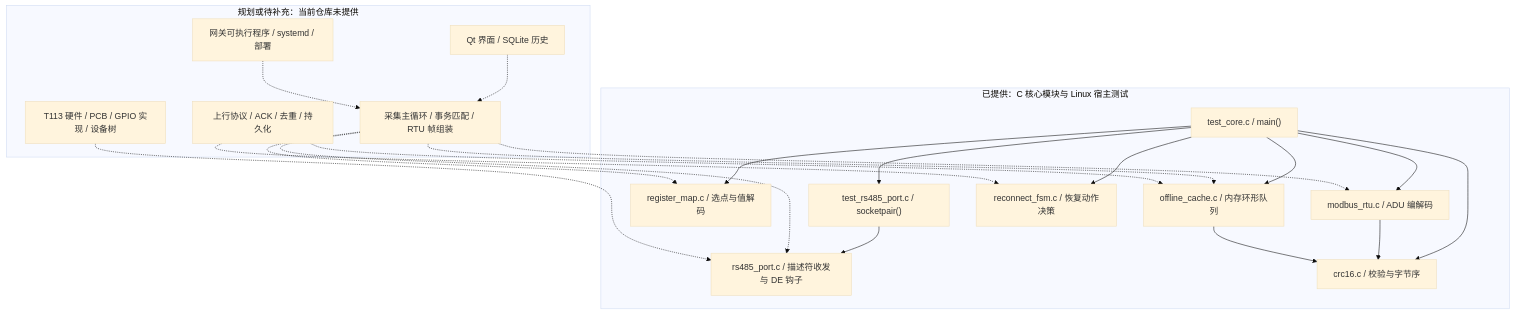
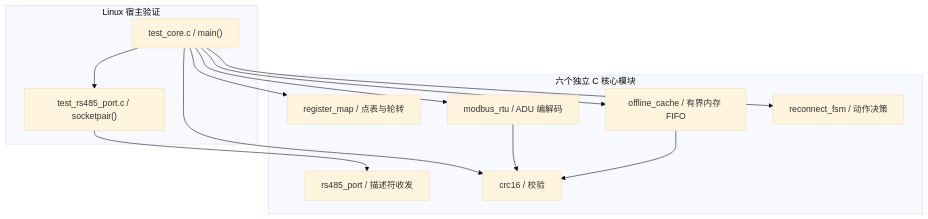
One commit to xiaoli5201314-spec/embedded-linux-qt-edge-gateway changed the diagram in README.md. Above: the diagram before and after it, drawn with Mermaid (base theme). The commit also changed other lines of this file, not shown here.

````diff
--- a/README.md
+++ b/README.md
@@ -42,38 +48,24 @@
 ```mermaid
 flowchart TB
-    subgraph supplied["已提供：C 核心模块与 Linux 宿主测试"]
-        tests["test_core.c / main()"]
-        portTests["test_rs485_port.c / socketpair()"]
-        map["register_map.c / 选点与值解码"]
-        modbus["modbus_rtu.c / ADU 编解码"]
-        port["rs485_port.c / 描述符收发与 DE 钩子"]
-        cache["offline_cache.c / 内存环形队列"]
-        fsm["reconnect_fsm.c / 恢复动作决策"]
-        crc["crc16.c / 校验与字节序"]
-        tests --> map
-        tests --> modbus
-        tests --> cache
-        tests --> fsm
-        tests --> crc
-        tests --> portTests
-        portTests --> port
-        modbus --> crc
-        cache --> crc
+    subgraph tests["Linux 宿主验证"]
+        entry["test_core.c / main()"]
+        portTest["test_rs485_port.c / socketpair()"]
     end
-    subgraph planned["规划或待补充：当前仓库未提供"]
-        app["采集主循环 / 事务匹配 / RTU 帧组装"]
-        uplink["上行协议 / ACK / 去重 / 持久化"]
-        ui["Qt 界面 / SQLite 历史"]
-        board["T113 硬件 / PCB / GPIO 实现 / 设备树"]
-        deploy["网关可执行程序 / systemd / 部署"]
+    subgraph core["六个独立 C 核心模块"]
+        map["register_map / 点表与轮转"]
+        modbus["modbus_rtu / ADU 编解码"]
+        port["rs485_port / 描述符收发"]
+        cache["offline_cache / 有界内存 FIFO"]
+        fsm["reconnect_fsm / 动作决策"]
+        crc["crc16 / 校验"]
     end
-    app -.-> map
-    app -.-> modbus
-    app -.-> port
-    app -.-> cache
-    uplink -.-> cache
-    uplink -.-> fsm
-    ui -.-> app
-    board -.-> port
-    deploy -.-> app
+    entry --> map
+    entry --> modbus
+    entry --> cache
+    entry --> fsm
+    entry --> crc
+    entry --> portTest
+    portTest --> port
+    modbus --> crc
+    cache --> crc
 ```
````
